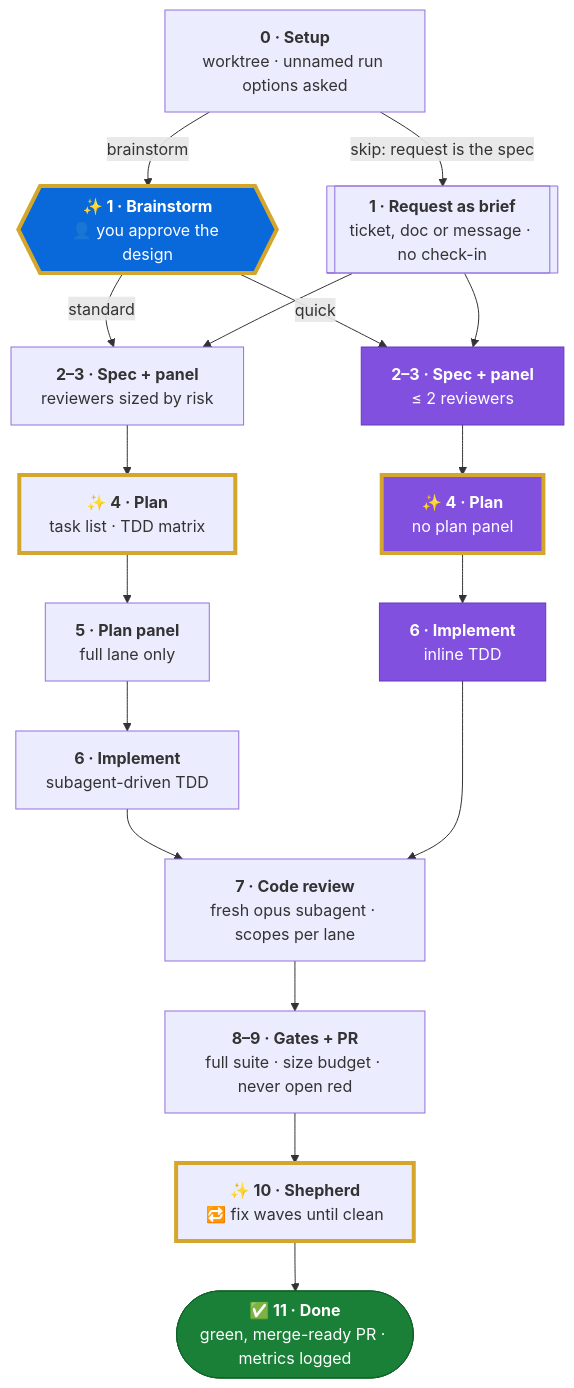
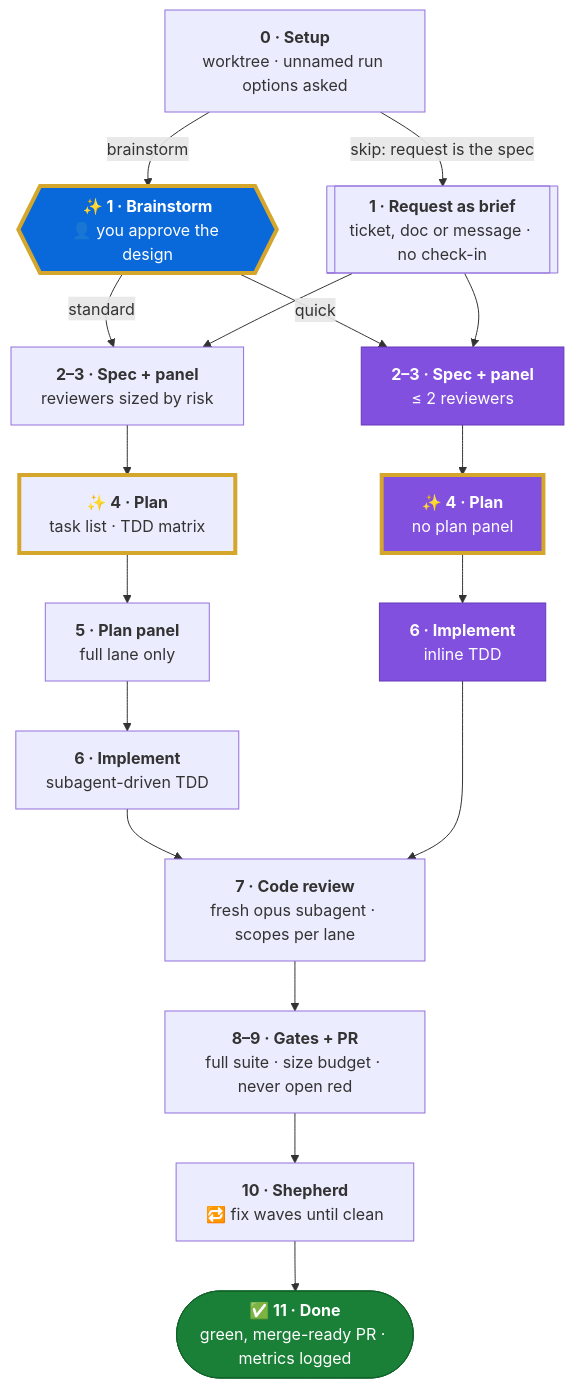
One commit to vtrifonov/oneshot-pipeline changed the diagram in README.md. Above: the diagram before and after it, drawn with Mermaid. The commit also changed other lines of this file and 11 other files, not shown here.

````diff
--- a/README.md
+++ b/README.md
@@ -41,33 +41,32 @@
 ```mermaid
 flowchart TD
     setup["<b>0 · Setup</b><br/>worktree · unnamed run options asked"] -- brainstorm --> brainstorm{{"<b>✨ 1 · Brainstorm</b><br/>👤 you approve the design"}}
     setup -- "skip: request is the spec" --> brief[["<b>1 · Request as brief</b><br/>ticket, doc or message · no check-in"]]
 
     brainstorm -- standard --> sspec["<b>2–3 · Spec + panel</b><br/>reviewers sized by risk"]
     brief --> sspec
     sspec --> splan["<b>✨ 4 · Plan</b><br/>task list · TDD matrix"]
     splan --> spanel["<b>5 · Plan panel</b><br/>full lane only"]
     spanel --> ssdd["<b>6 · Implement</b><br/>subagent-driven TDD"]
 
     brainstorm -- quick --> qspec["<b>2–3 · Spec + panel</b><br/>≤ 2 reviewers"]
     brief --> qspec
     qspec --> qplan["<b>✨ 4 · Plan</b><br/>no plan panel"]
     qplan --> qinline["<b>6 · Implement</b><br/>inline TDD"]
 
     ssdd --> review["<b>7 · Code review</b><br/>fresh opus subagent · scopes per lane"]
     qinline --> review
     review --> gates["<b>8–9 · Gates + PR</b><br/>full suite · size budget · never open red"]
-    gates --> shepherd["<b>✨ 10 · Shepherd</b><br/>🔁 fix waves until clean"]
+    gates --> shepherd["<b>10 · Shepherd</b><br/>🔁 fix waves until clean"]
     shepherd --> done(["<b>✅ 11 · Done</b><br/>green, merge-ready PR · metrics logged"])
 
     classDef you fill:#0969da,stroke:#0550ae,color:#fff
     classDef quick fill:#8250df,stroke:#6639ba,color:#fff
     classDef finish fill:#1a7f37,stroke:#116329,color:#fff
     class brainstorm you
     class qspec,qplan,qinline quick
     class done finish
     style brainstorm stroke:#d4a72c,stroke-width:4px
     style splan stroke:#d4a72c,stroke-width:4px
     style qplan stroke:#d4a72c,stroke-width:4px
-    style shepherd stroke:#d4a72c,stroke-width:4px
 ```
````
